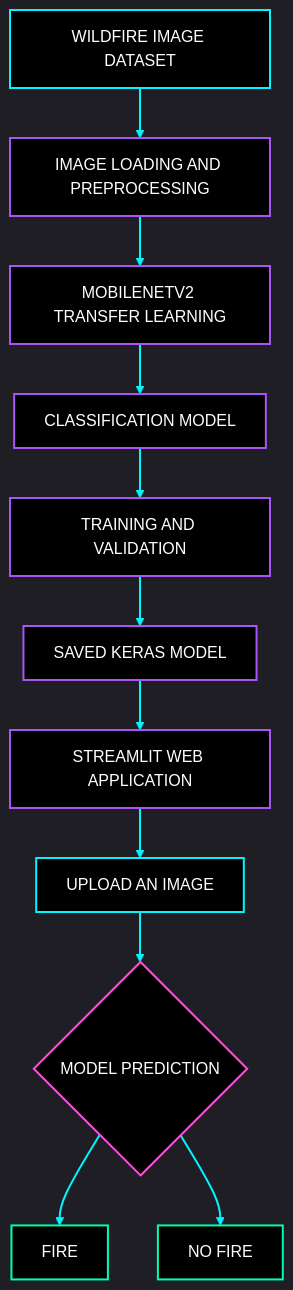
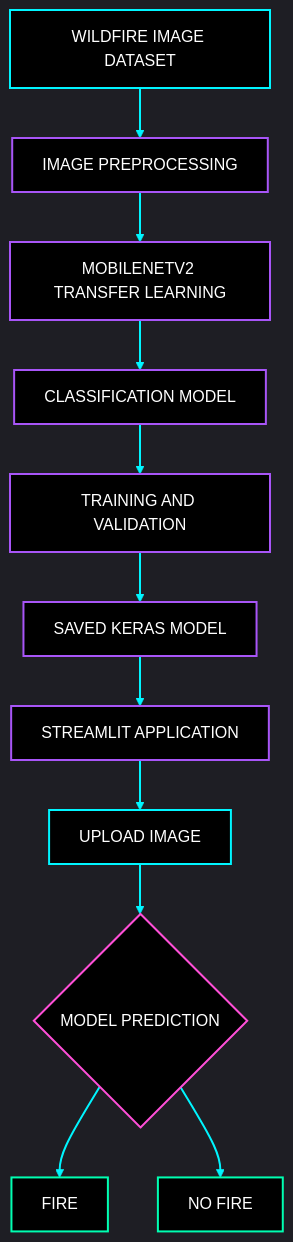
One commit to govardhan-goud123/Wildfire_Detection changed the first of 3 diagrams in README.md. Above: the diagram before and after it, drawn with Mermaid. The commit also changed other lines of this file, not shown here.

````diff
--- a/README.md
+++ b/README.md
@@ -41,26 +82,26 @@
 ```mermaid
-%%{init: {"theme":"dark","themeVariables":{"background":"#000000","primaryColor":"#050505","primaryTextColor":"#FFFFFF","primaryBorderColor":"#00F5FF","lineColor":"#A855F7","secondaryColor":"#080808","tertiaryColor":"#000000","edgeLabelBackground":"#000000","fontFamily":"monospace"}}}%%
+%%{init: {"theme":"dark","themeVariables":{"background":"#000000","primaryColor":"#000000","primaryTextColor":"#FFFFFF","primaryBorderColor":"#00F5FF","lineColor":"#A855F7","secondaryColor":"#000000","tertiaryColor":"#000000","edgeLabelBackground":"#000000","fontFamily":"monospace"}}}%%
 flowchart TD
-    A["WILDFIRE IMAGE DATASET"] --> B["IMAGE LOADING AND PREPROCESSING"]
+    A["WILDFIRE IMAGE DATASET"] --> B["IMAGE PREPROCESSING"]
     B --> C["MOBILENETV2 TRANSFER LEARNING"]
     C --> D["CLASSIFICATION MODEL"]
     D --> E["TRAINING AND VALIDATION"]
     E --> F["SAVED KERAS MODEL"]
-    F --> G["STREAMLIT WEB APPLICATION"]
-    G --> H["UPLOAD AN IMAGE"]
+    F --> G["STREAMLIT APPLICATION"]
+    G --> H["UPLOAD IMAGE"]
     H --> I{"MODEL PREDICTION"}
     I --> J["FIRE"]
     I --> K["NO FIRE"]
 
     classDef input fill:#000000,stroke:#00F5FF,color:#FFFFFF,stroke-width:2px
     classDef processing fill:#000000,stroke:#A855F7,color:#FFFFFF,stroke-width:2px
     classDef output fill:#000000,stroke:#00FFB2,color:#FFFFFF,stroke-width:2px
     classDef decision fill:#000000,stroke:#FF4FD8,color:#FFFFFF,stroke-width:2px
 
     class A,H input
     class B,C,D,E,F,G processing
     class I decision
     class J,K output
 
     linkStyle default stroke:#00F5FF,stroke-width:2px
 ```
````
